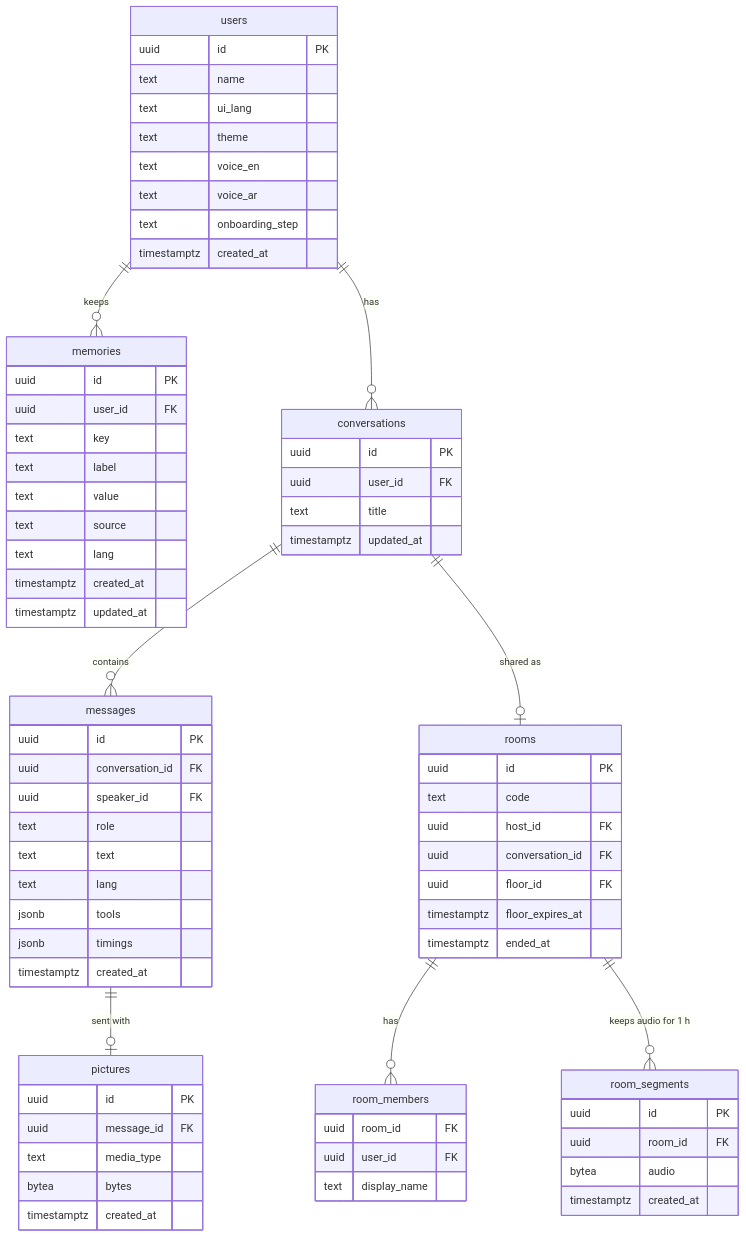
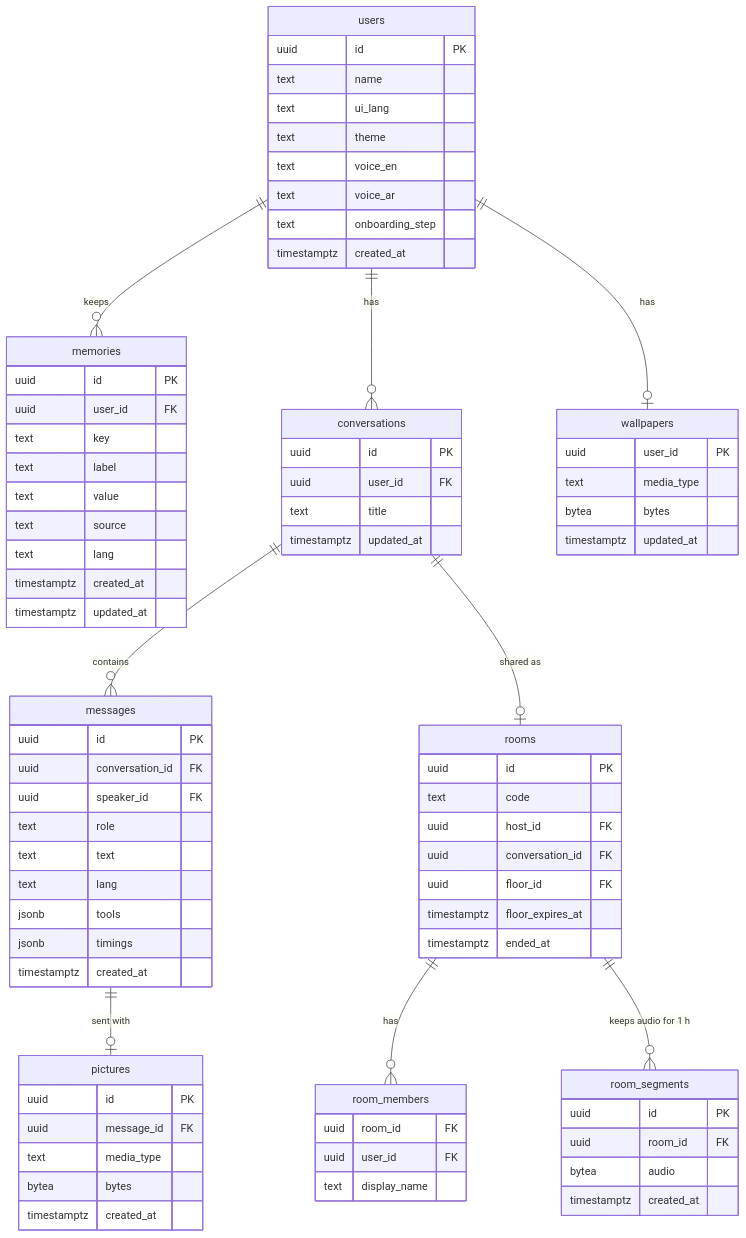
The fifth of 5 diagrams in docs/02-ARCHITECTURE.md (Turki-Sh/Sarjy), drawn with Mermaid before and after one commit. The commit also changed other lines of this file and 33 other files, not shown here.

````diff
--- a/docs/02-ARCHITECTURE.md
+++ b/docs/02-ARCHITECTURE.md
@@ -513,75 +513,82 @@
 ```mermaid
 erDiagram
   users ||--o{ memories : keeps
   users ||--o{ conversations : has
   conversations ||--o{ messages : contains
   messages ||--o| pictures : "sent with"
+  users ||--o| wallpapers : "has"
   conversations ||--o| rooms : "shared as"
   rooms ||--o{ room_members : has
   rooms ||--o{ room_segments : "keeps audio for 1 h"
   users {
     uuid id PK
     text name
     text ui_lang
     text theme
     text voice_en
     text voice_ar
     text onboarding_step
     timestamptz created_at
   }
   memories {
     uuid id PK
     uuid user_id FK
     text key
     text label
     text value
     text source
     text lang
     timestamptz created_at
     timestamptz updated_at
   }
   conversations {
     uuid id PK
     uuid user_id FK
     text title
     timestamptz updated_at
   }
   messages {
     uuid id PK
     uuid conversation_id FK
     uuid speaker_id FK
     text role
     text text
     text lang
     jsonb tools
     jsonb timings
     timestamptz created_at
   }
+  wallpapers {
+    uuid user_id PK
+    text media_type
+    bytea bytes
+    timestamptz updated_at
+  }
   pictures {
     uuid id PK
     uuid message_id FK
     text media_type
     bytea bytes
     timestamptz created_at
   }
   rooms {
     uuid id PK
     text code
     uuid host_id FK
     uuid conversation_id FK
     uuid floor_id FK
     timestamptz floor_expires_at
     timestamptz ended_at
   }
   room_members {
     uuid room_id FK
     uuid user_id FK
     text display_name
   }
   room_segments {
     uuid id PK
     uuid room_id FK
     bytea audio
     timestamptz created_at
   }
 ```
````
